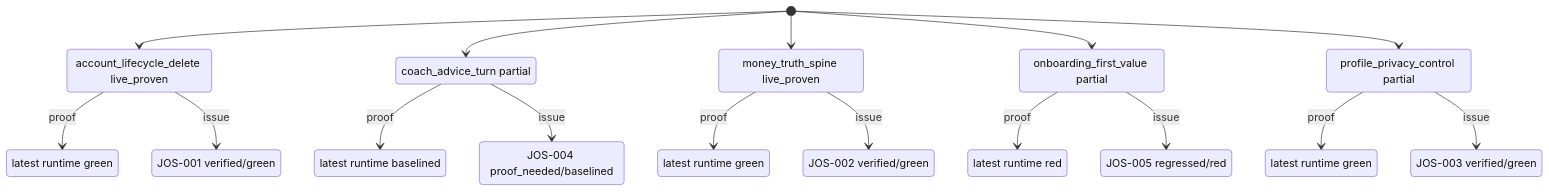
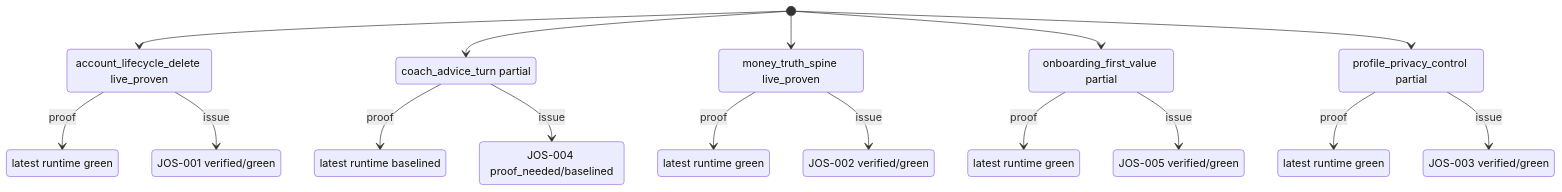
One commit to MINT-IA/MINT changed the diagram in .planning/journeys/diagrams/journey_state.mmd. Above: the diagram before and after it, drawn with Mermaid. The commit also changed 15 other files, not shown here.

Commit message:
Record JOS005 first value runtime proof

```diff
--- a/.planning/journeys/diagrams/journey_state.mmd
+++ b/.planning/journeys/diagrams/journey_state.mmd
@@ -1,32 +1,32 @@
 %% Generated Journey OS state ledger
 stateDiagram-v2
   state "account_lifecycle_delete live_proven" as journey_account_lifecycle_delete
   state "latest runtime green" as evidence_account_lifecycle_delete
   [*] --> journey_account_lifecycle_delete
   journey_account_lifecycle_delete --> evidence_account_lifecycle_delete: proof
   state "JOS-001 verified/green" as issue_JOS_001
   journey_account_lifecycle_delete --> issue_JOS_001: issue
   state "coach_advice_turn partial" as journey_coach_advice_turn
   state "latest runtime baselined" as evidence_coach_advice_turn
   [*] --> journey_coach_advice_turn
   journey_coach_advice_turn --> evidence_coach_advice_turn: proof
   state "JOS-004 proof_needed/baselined" as issue_JOS_004
   journey_coach_advice_turn --> issue_JOS_004: issue
   state "money_truth_spine live_proven" as journey_money_truth_spine
   state "latest runtime green" as evidence_money_truth_spine
   [*] --> journey_money_truth_spine
   journey_money_truth_spine --> evidence_money_truth_spine: proof
   state "JOS-002 verified/green" as issue_JOS_002
   journey_money_truth_spine --> issue_JOS_002: issue
   state "onboarding_first_value partial" as journey_onboarding_first_value
-  state "latest runtime red" as evidence_onboarding_first_value
+  state "latest runtime green" as evidence_onboarding_first_value
   [*] --> journey_onboarding_first_value
   journey_onboarding_first_value --> evidence_onboarding_first_value: proof
-  state "JOS-005 regressed/red" as issue_JOS_005
+  state "JOS-005 verified/green" as issue_JOS_005
   journey_onboarding_first_value --> issue_JOS_005: issue
   state "profile_privacy_control partial" as journey_profile_privacy_control
   state "latest runtime green" as evidence_profile_privacy_control
   [*] --> journey_profile_privacy_control
   journey_profile_privacy_control --> evidence_profile_privacy_control: proof
   state "JOS-003 verified/green" as issue_JOS_003
   journey_profile_privacy_control --> issue_JOS_003: issue
```
